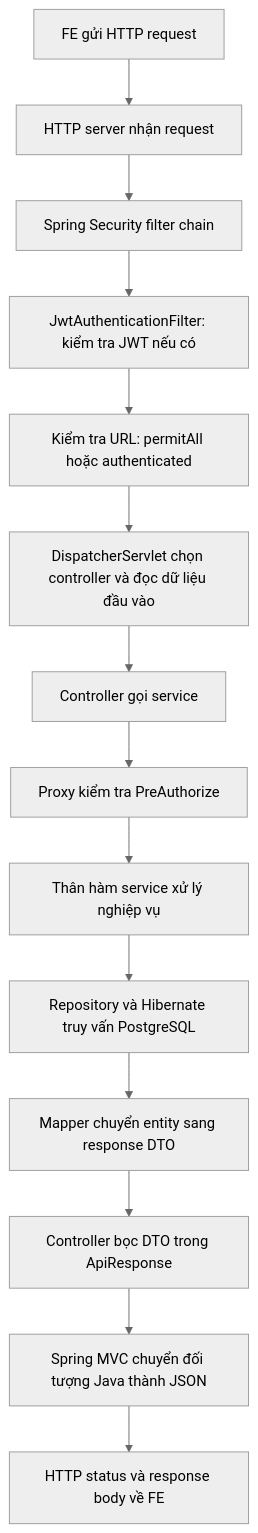
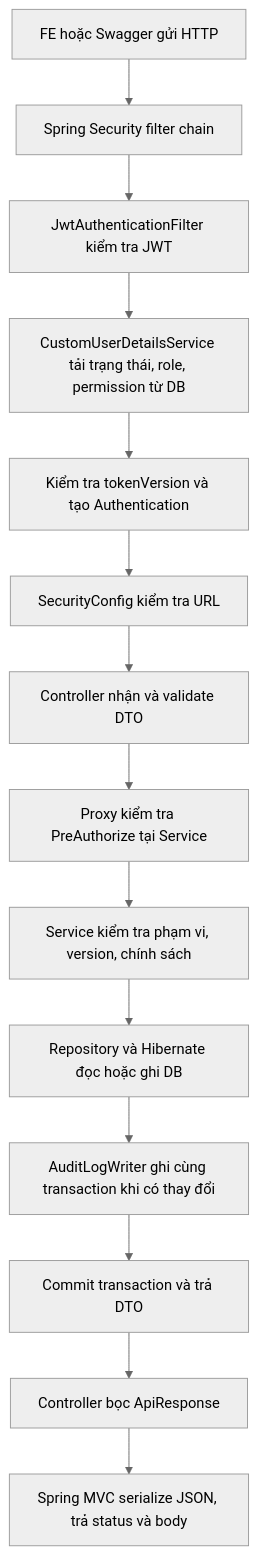
One commit to VIet7801/datphong-spring changed the diagram in docs/REQUEST_FLOW.md. Above: the diagram before and after it, drawn with Mermaid (neutral theme). The commit also changed other lines of this file and 62 other files, not shown here.

Commit message:
Split user/admin, add Permission Service

````diff
--- a/docs/REQUEST_FLOW.md
+++ b/docs/REQUEST_FLOW.md
@@ -14,16 +7,16 @@
-```mermaid
+~~~mermaid
 flowchart TD
-    FE[FE gửi HTTP request] --> HTTP[HTTP server nhận request]
-    HTTP --> SECURITY[Spring Security filter chain]
-    SECURITY --> JWT[JwtAuthenticationFilter: kiểm tra JWT nếu có]
-    JWT --> URL[Kiểm tra URL: permitAll hoặc authenticated]
-    URL --> MVC[DispatcherServlet chọn controller và đọc dữ liệu đầu vào]
-    MVC --> CONTROLLER[Controller gọi service]
-    CONTROLLER --> AUTHZ[Proxy kiểm tra PreAuthorize]
-    AUTHZ --> SERVICE[Thân hàm service xử lý nghiệp vụ]
-    SERVICE --> REPO[Repository và Hibernate truy vấn PostgreSQL]
-    REPO --> MAPPER[Mapper chuyển entity sang response DTO]
-    MAPPER --> WRAP[Controller bọc DTO trong ApiResponse]
-    WRAP --> JSON[Spring MVC chuyển đối tượng Java thành JSON]
-    JSON --> RESPONSE[HTTP status và response body về FE]
-```
+    A[FE hoặc Swagger gửi HTTP] --> B[Spring Security filter chain]
+    B --> C[JwtAuthenticationFilter kiểm tra JWT]
+    C --> D[CustomUserDetailsService tải trạng thái, role, permission từ DB]
+    D --> E[Kiểm tra tokenVersion và tạo Authentication]
+    E --> F[SecurityConfig kiểm tra URL]
+    F --> G[Controller nhận và validate DTO]
+    G --> H[Proxy kiểm tra PreAuthorize tại Service]
+    H --> I[Service kiểm tra phạm vi, version, chính sách]
+    I --> J[Repository và Hibernate đọc hoặc ghi DB]
+    J --> K[AuditLogWriter ghi cùng transaction khi có thay đổi]
+    K --> L[Commit transaction và trả DTO]
+    L --> M[Controller bọc ApiResponse]
+    M --> N[Spring MVC serialize JSON, trả status và body]
+~~~
````
